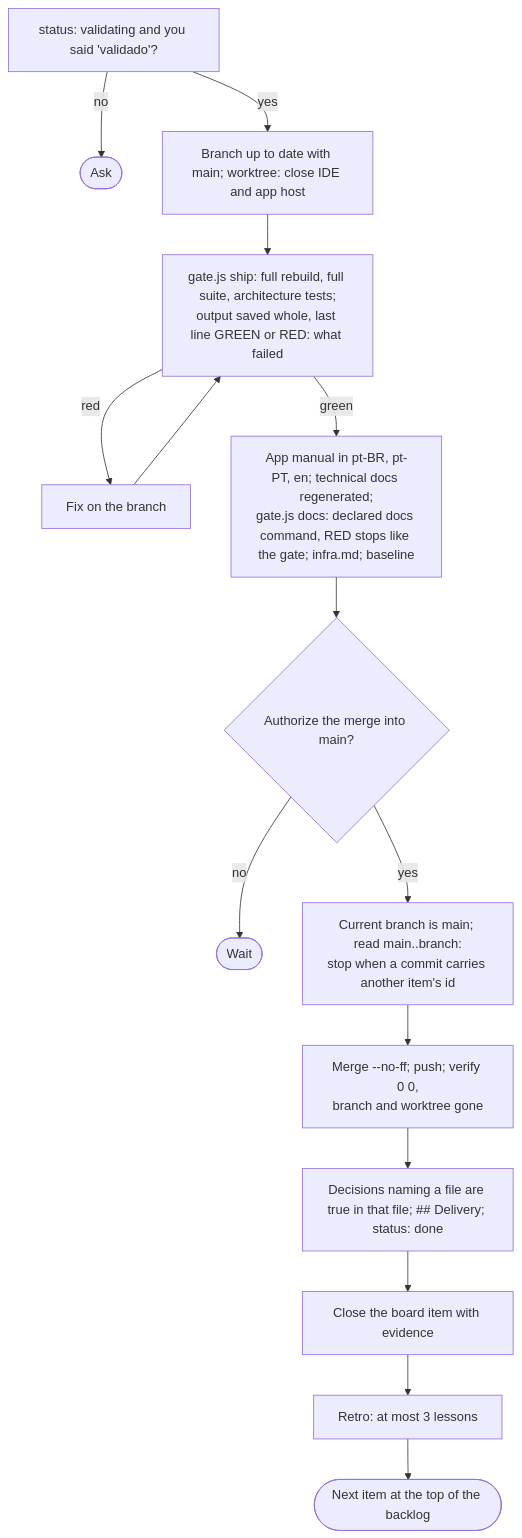
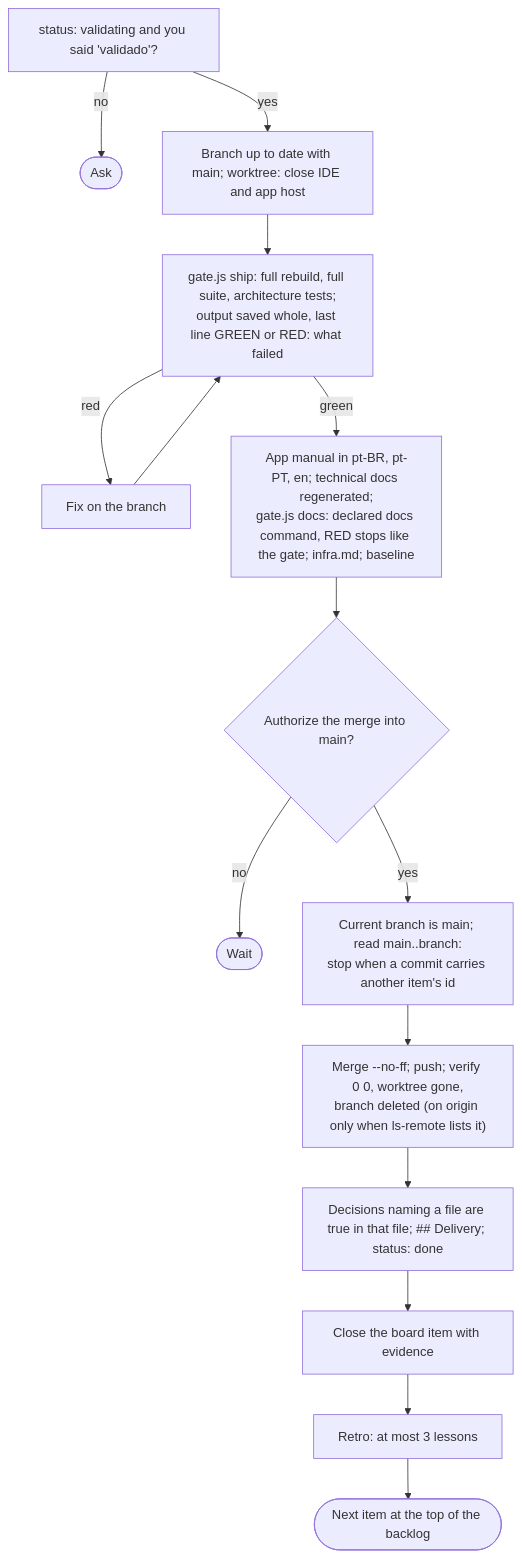
Diagram 12 of 18 in docs/agile/workflow.md (alexcanario/simulab), drawn with Mermaid before and after one commit. The commit also changed other lines of this file and 9 other files, not shown here.

````diff
--- a/docs/agile/workflow.md
+++ b/docs/agile/workflow.md
@@ -1354,17 +1505,17 @@
 ```mermaid
 flowchart TD
     A["status: validating and you said 'validado'?"] -->|no| A1(["Ask"])
     A -->|yes| B["Branch up to date with main; worktree: close IDE and app host"]
     B --> C["gate.js ship: full rebuild, full suite, architecture tests;<br/>output saved whole, last line GREEN or RED: what failed"]
     C -->|red| C1["Fix on the branch"]
     C1 --> C
     C -->|green| D["App manual in pt-BR, pt-PT, en; technical docs regenerated;<br/>gate.js docs: declared docs command, RED stops like the gate; infra.md; baseline"]
     D --> E{"Authorize the merge into main?"}
     E -->|no| E1(["Wait"])
     E -->|yes| E2["Current branch is main; read main..branch:<br/>stop when a commit carries another item's id"]
-    E2 --> F["Merge --no-ff; push; verify 0 0,<br/>branch and worktree gone"]
+    E2 --> F["Merge --no-ff; push; verify 0 0, worktree gone,<br/>branch deleted (on origin only when ls-remote lists it)"]
     F --> G["Decisions naming a file are true in that file; ## Delivery; status: done"]
     G --> H["Close the board item with evidence"]
     H --> I["Retro: at most 3 lessons"]
     I --> J(["Next item at the top of the backlog"])
 ```
````
